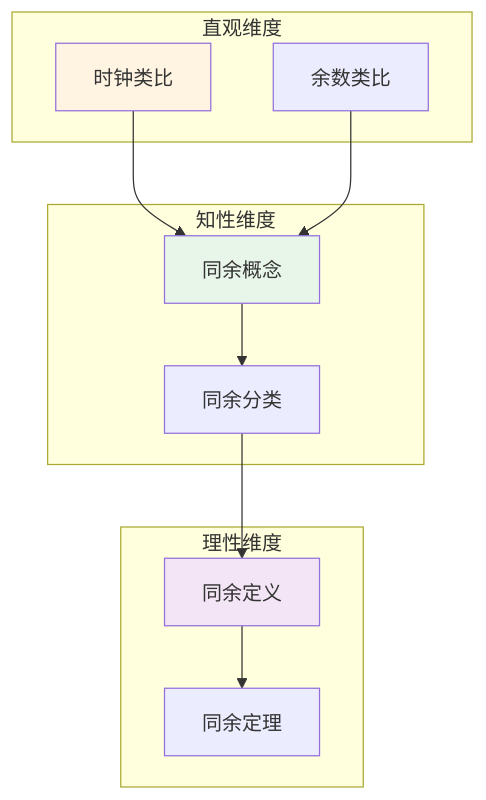
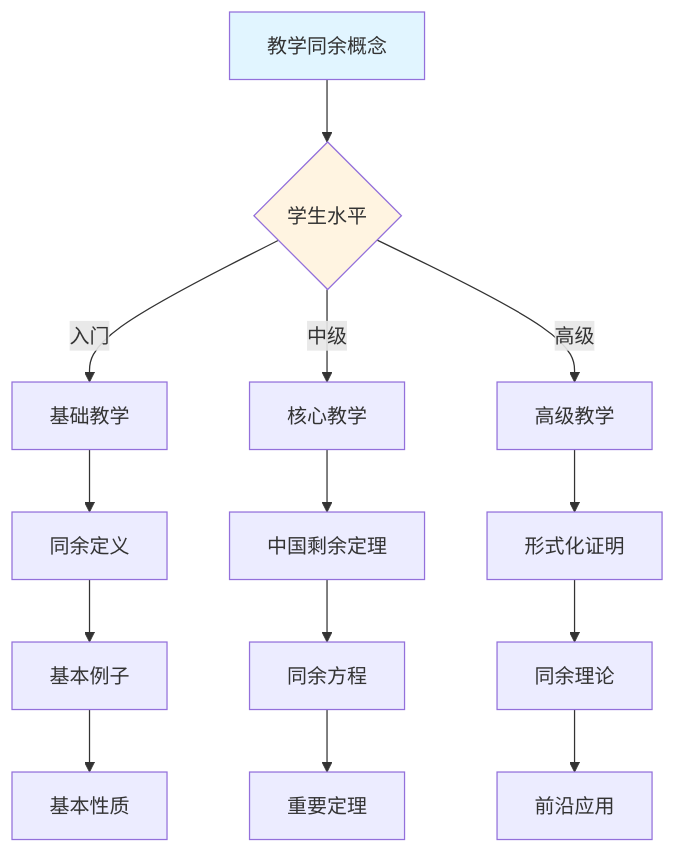
Before and after one commit to AdaMartin18010/FormalMath: diagram 11 of 11 in concept/核心概念/27-同余.md, drawn with Mermaid. The commit also changed other lines of this file and 4793 other files, not shown here.

````diff
--- a/concept/核心概念/27-同余.md
+++ b/concept/核心概念/27-同余.md
@@ -789,27 +2492,22 @@
 ```mermaid
-graph TB
-    subgraph 直观维度
-        A1[时钟类比]
-        A2[余数类比]
-    end
+graph TD
+    A[教学同余概念] --> B{学生水平}
+    B -->|入门| C[基础教学]
+    B -->|中级| D[核心教学]
+    B -->|高级| E[高级教学]
 
-    subgraph 知性维度
-        B1[同余概念]
-        B2[同余分类]
-    end
+    C --> C1[同余定义]
+    C1 --> C2[基本例子]
+    C2 --> C3[基本性质]
 
-    subgraph 理性维度
-        C1[同余定义]
-        C2[同余定理]
-    end
+    D --> D1[中国剩余定理]
+    D1 --> D2[同余方程]
+    D2 --> D3[重要定理]
 
-    A1 --> B1
-    A2 --> B1
-    B1 --> B2
-    B2 --> C1
-    C1 --> C2
+    E --> E1[形式化证明]
+    E1 --> E2[同余理论]
+    E2 --> E3[前沿应用]
 
-    style A1 fill:#fff4e1
-    style B1 fill:#e8f5e9
-    style C1 fill:#f3e5f5
+    style A fill:#e1f5ff
+    style B fill:#fff4e1
 ```
````
